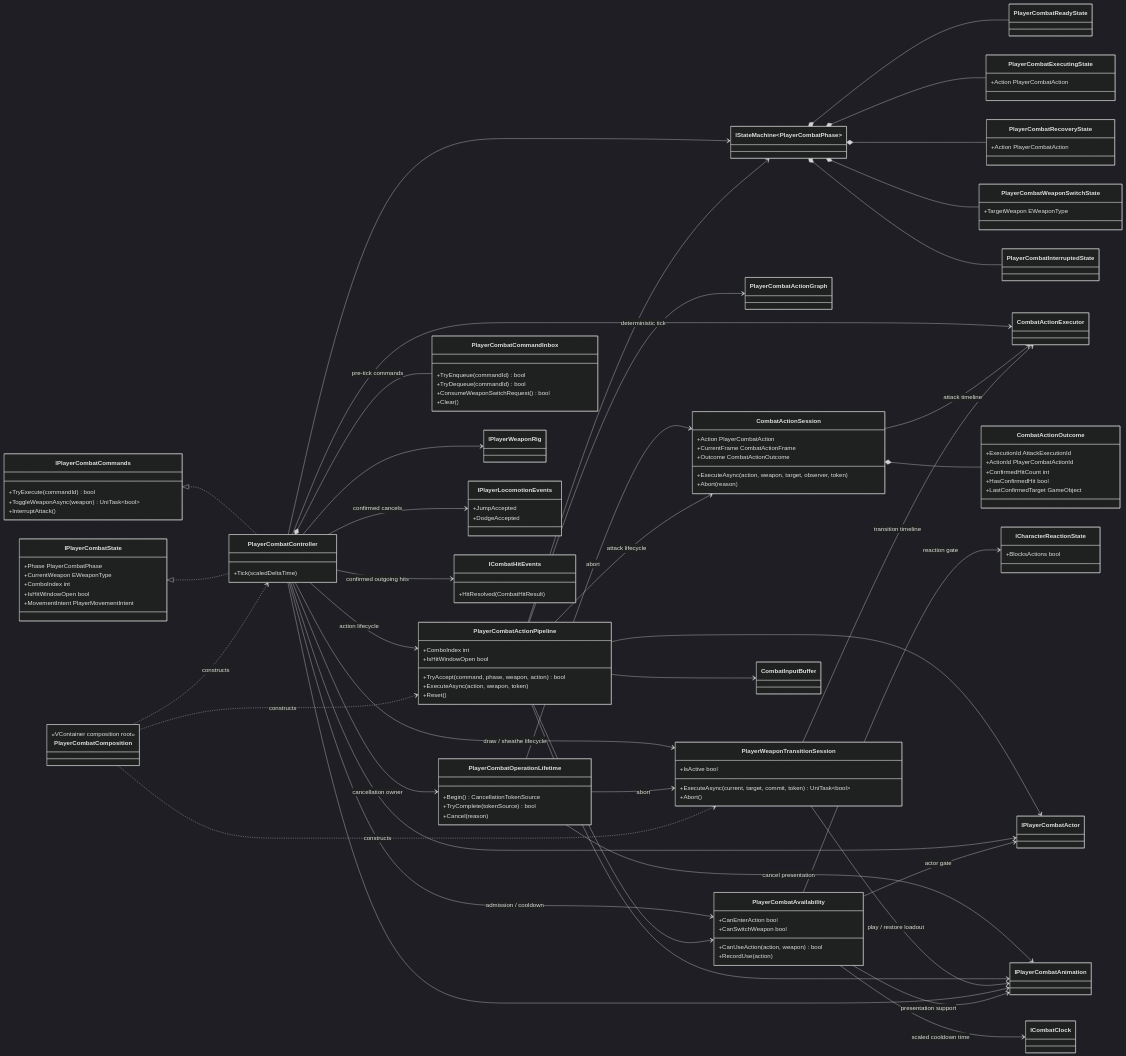
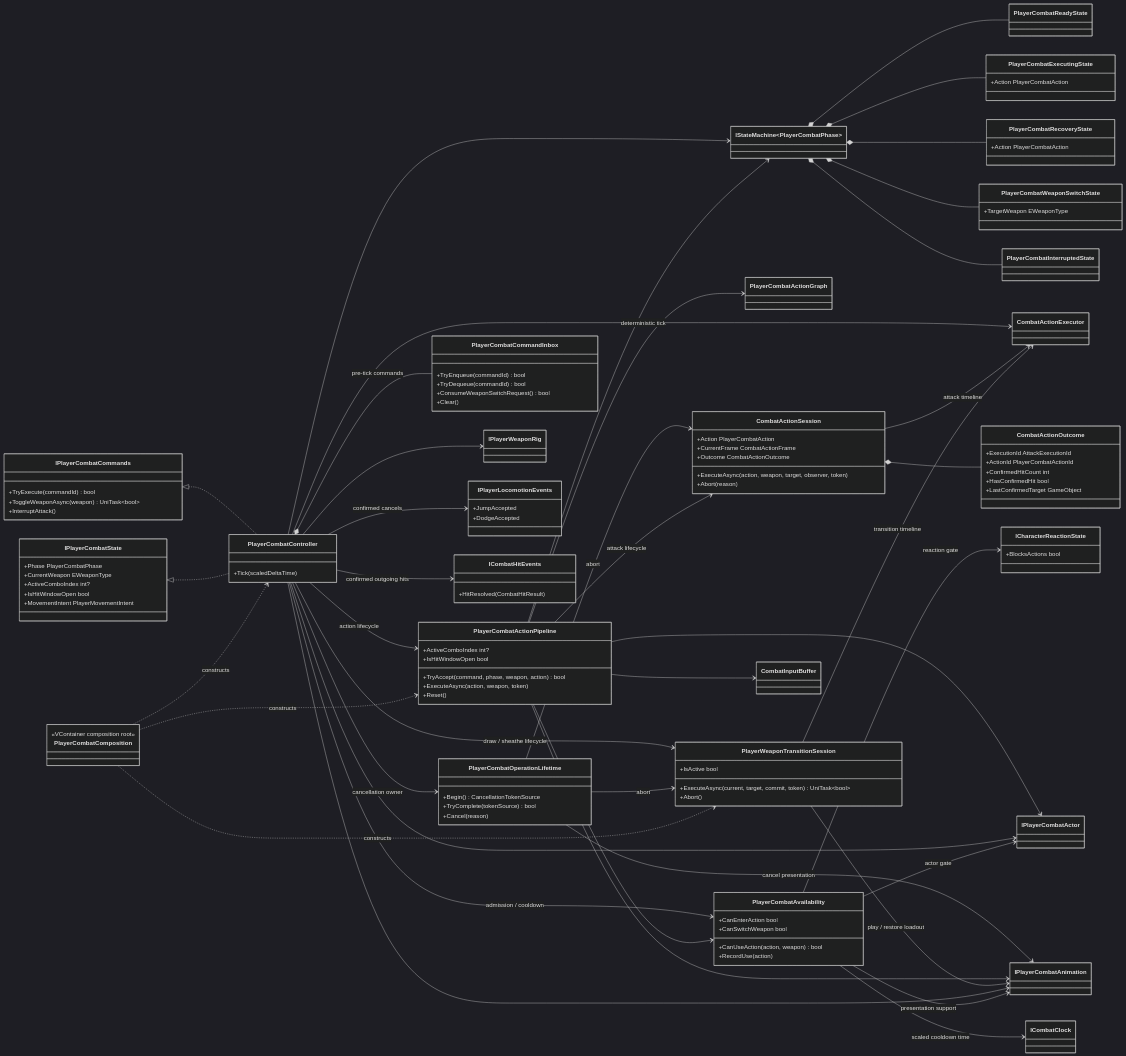
One commit to MaximFonariuc/project-s changed the first of 3 diagrams in Docs/Architecture/Player.Combat.md. Above: the diagram before and after it, drawn with Mermaid (dark theme). The commit also changed other lines of this file and 4 other files, not shown here.

Commit message:
refactor(combat): disambiguate active combo state

```diff
--- a/Docs/Architecture/Player.Combat.md
+++ b/Docs/Architecture/Player.Combat.md
@@ -102,7 +102,7 @@
     class IPlayerCombatState {
         +Phase PlayerCombatPhase
         +CurrentWeapon EWeaponType
-        +ComboIndex int
+        +ActiveComboIndex int?
         +IsHitWindowOpen bool
         +MovementIntent PlayerMovementIntent
     }
@@ -113,7 +113,7 @@
         +TryAccept(command, phase, weapon, action) bool
         +ExecuteAsync(action, weapon, token)
         +Reset()
-        +ComboIndex int
+        +ActiveComboIndex int?
         +IsHitWindowOpen bool
     }
     class IStateMachine~PlayerCombatPhase~
```
